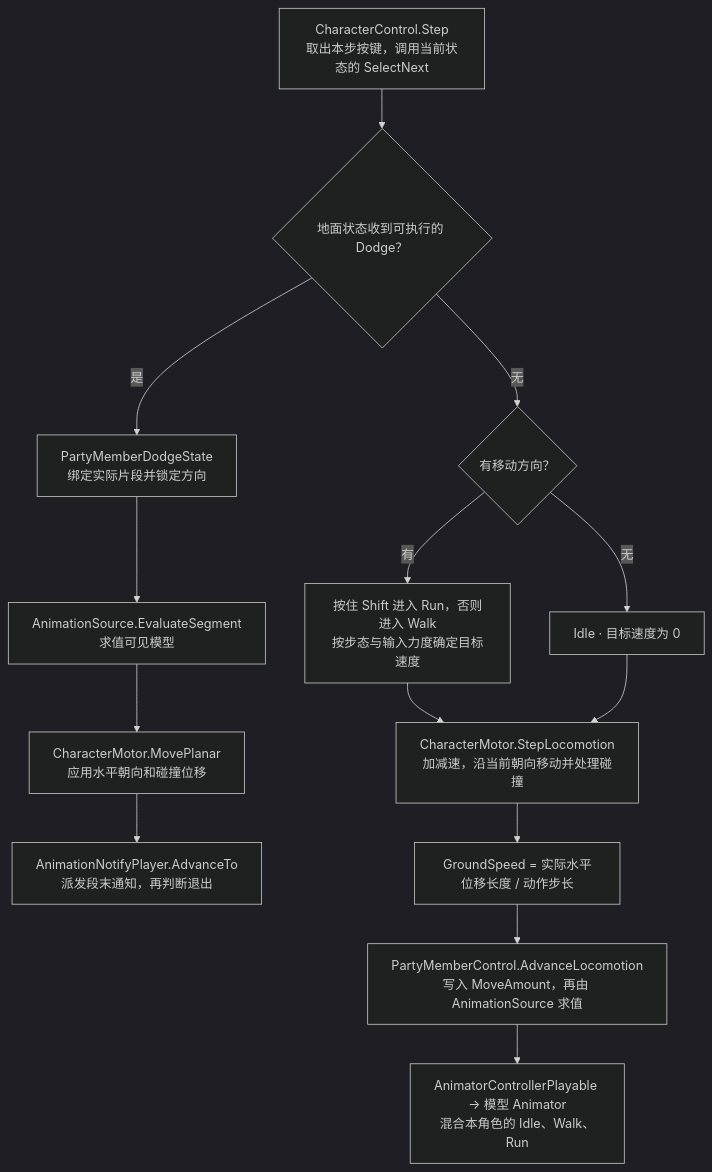
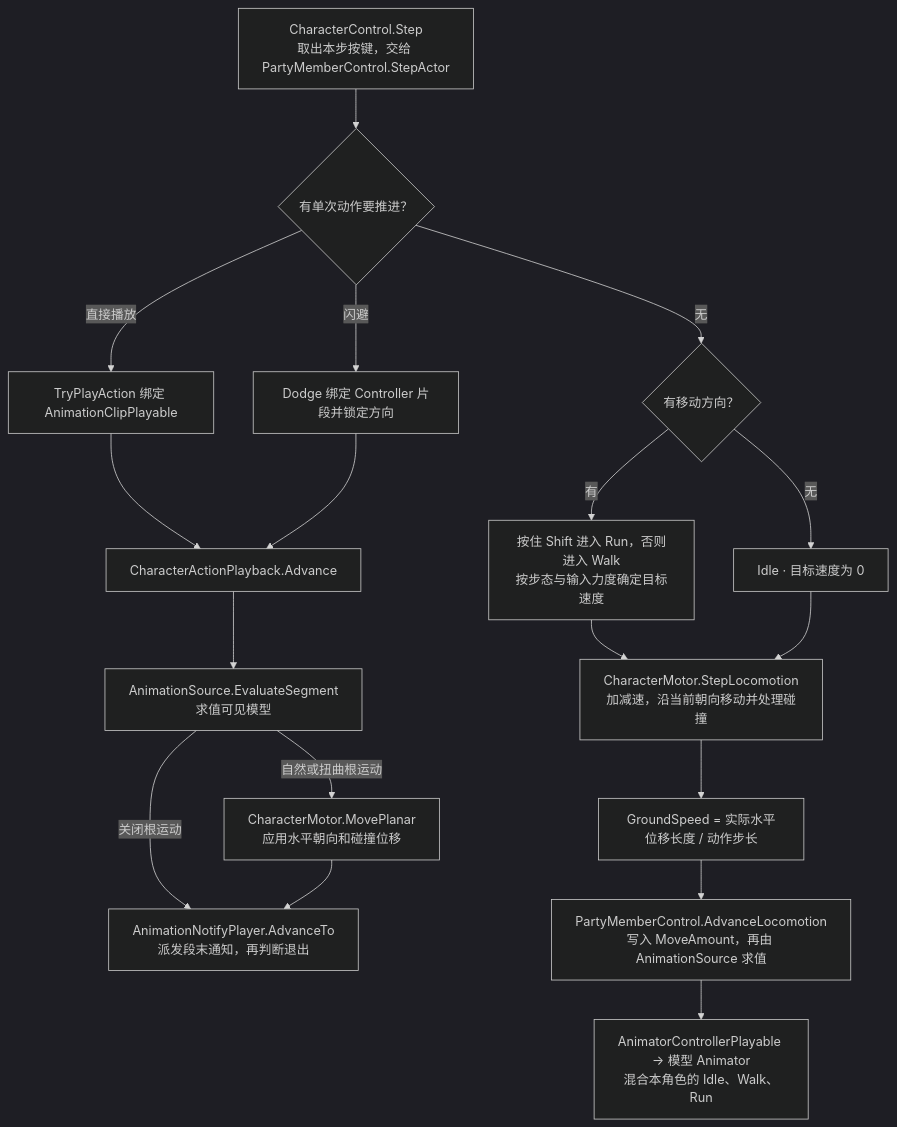
The fourth of 5 diagrams in Docs/项目运行流程图.md (emt11/Arknights-Endfield-Demo), drawn with Mermaid (dark theme) before and after one commit. The commit also changed other lines of this file and 33 other files, not shown here.

````diff
--- a/Docs/项目运行流程图.md
+++ b/Docs/项目运行流程图.md
@@ -64,17 +64,21 @@
 ```mermaid
 flowchart TB
-    step["CharacterControl.Step<br/>取出本步按键，调用当前状态的 SelectNext"]
-    step --> dodge{"地面状态收到可执行的 Dodge？"}
-    dodge -->|是| dash["PartyMemberDodgeState<br/>绑定实际片段并锁定方向"]
-    dash --> evaluate["AnimationSource.EvaluateSegment<br/>求值可见模型"]
-    evaluate --> apply["CharacterMotor.MovePlanar<br/>应用水平朝向和碰撞位移"]
+    step["CharacterControl.Step<br/>取出本步按键，交给 PartyMemberControl.StepActor"]
+    step --> dodge{"有单次动作要推进？"}
+    dodge -->|闪避| dash["Dodge 绑定 Controller 片段并锁定方向"]
+    dodge -->|直接播放| clip["TryPlayAction 绑定 AnimationClipPlayable"]
+    clip --> playback["CharacterActionPlayback.Advance"]
+    dash --> playback
+    playback --> evaluate["AnimationSource.EvaluateSegment<br/>求值可见模型"]
+    evaluate -->|自然或扭曲根运动| apply["CharacterMotor.MovePlanar<br/>应用水平朝向和碰撞位移"]
+    evaluate -->|关闭根运动| notify
     apply --> notify["AnimationNotifyPlayer.AdvanceTo<br/>派发段末通知，再判断退出"]
     dodge -->|无| dir{"有移动方向？"}
     dir -->|无| idle["Idle · 目标速度为 0"]
     dir -->|有| move["按住 Shift 进入 Run，否则进入 Walk<br/>按步态与输入力度确定目标速度"]
     move --> motor["CharacterMotor.StepLocomotion<br/>加减速，沿当前朝向移动并处理碰撞"]
     idle --> motor
     motor --> speed["GroundSpeed = 实际水平位移长度 / 动作步长"]
     speed --> anim["PartyMemberControl.AdvanceLocomotion<br/>写入 MoveAmount，再由 AnimationSource 求值"]
     anim --> pose["AnimatorControllerPlayable → 模型 Animator<br/>混合本角色的 Idle、Walk、Run"]
 ```
````
